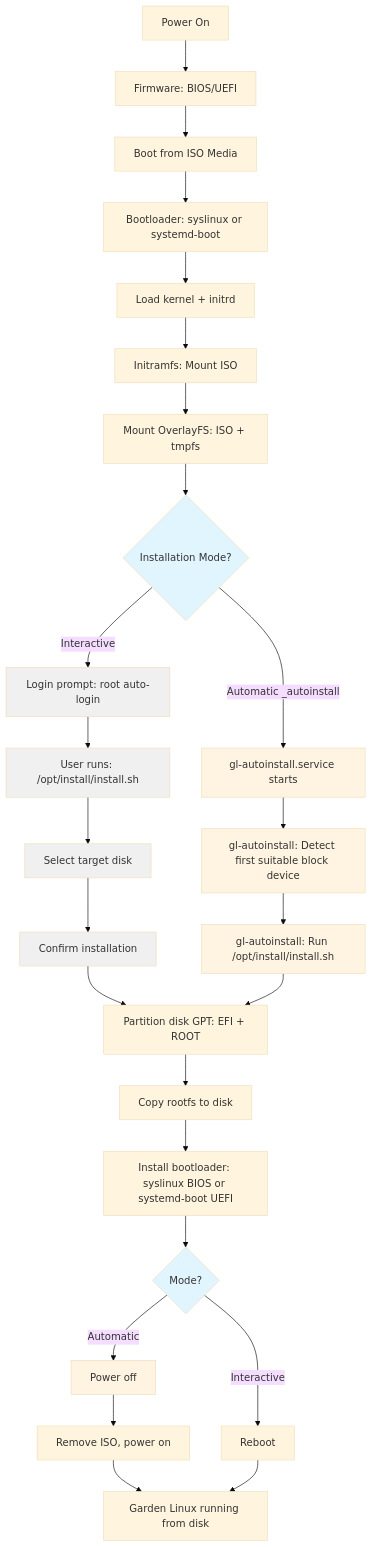
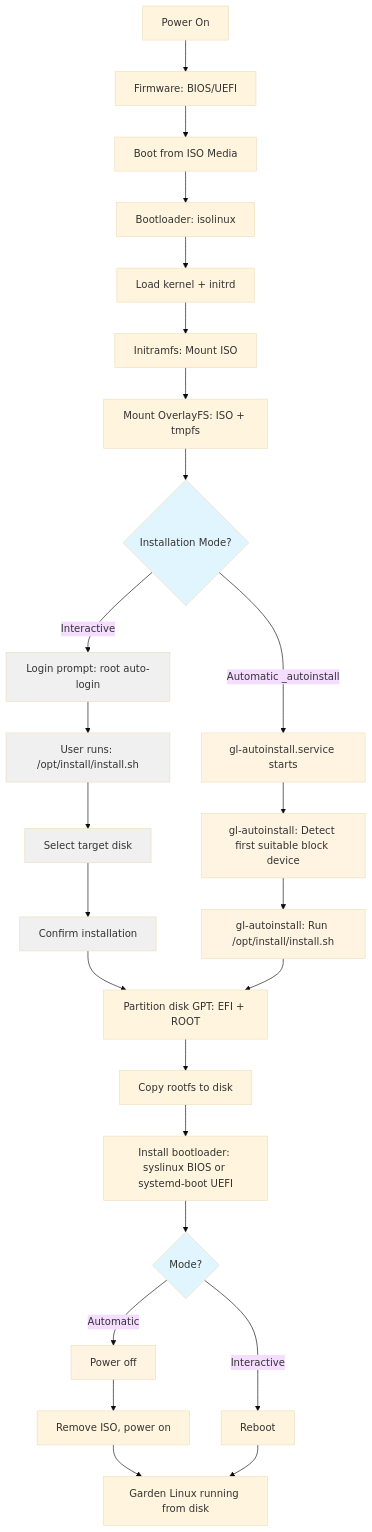
The diagram in docs/how-to/installation/on-premises/iso.md (gardenlinux/gardenlinux), drawn with Mermaid (base theme) before and after one commit. The commit also changed other lines of this file and 48 other files, not shown here.

````diff
--- a/docs/how-to/installation/on-premises/iso.md
+++ b/docs/how-to/installation/on-premises/iso.md
@@ -44,45 +44,45 @@
 ```mermaid
 flowchart TD
     Start[Power On] --> Firmware[Firmware: BIOS/UEFI]
     Firmware --> BootISO[Boot from ISO Media]
-    BootISO --> Bootloader[Bootloader: syslinux or systemd-boot]
+    BootISO --> Bootloader[Bootloader: isolinux]
     Bootloader --> LoadKernel[Load kernel + initrd]
     LoadKernel --> InitMount[Initramfs: Mount ISO]
     InitMount --> Overlay[Mount OverlayFS: ISO + tmpfs]
 
     Overlay --> Mode{Installation Mode?}
 
     Mode -->|Interactive| Login[Login prompt: root auto-login]
     Login --> UserRun[User runs: /opt/install/install.sh]
     UserRun --> SelectDisk[Select target disk]
     SelectDisk --> ConfirmInstall[Confirm installation]
 
     Mode -->|Automatic _autoinstall| Service[gl-autoinstall.service starts]
     Service --> DetectDisk[gl-autoinstall: Detect first suitable block device]
     DetectDisk --> AutoRun[gl-autoinstall: Run /opt/install/install.sh]
 
     ConfirmInstall --> Partition[Partition disk GPT: EFI + ROOT]
     AutoRun --> Partition
 
     Partition --> Copy[Copy rootfs to disk]
     Copy --> InstallBoot[Install bootloader: syslinux BIOS or systemd-boot UEFI]
 
     InstallBoot --> Complete{Mode?}
     Complete -->|Interactive| Reboot[Reboot]
     Complete -->|Automatic| Poweroff[Power off]
 
     Poweroff --> RemoveISO[Remove ISO, power on]
     RemoveISO --> Running[Garden Linux running from disk]
     Reboot --> Running
 
     style Mode fill:#e1f5ff
     style Complete fill:#e1f5ff
     style Service fill:#fff4e1
     style DetectDisk fill:#fff4e1
     style AutoRun fill:#fff4e1
     style Poweroff fill:#fff4e1
     style Login fill:#f0f0f0
     style UserRun fill:#f0f0f0
     style SelectDisk fill:#f0f0f0
     style ConfirmInstall fill:#f0f0f0
 ```
````
